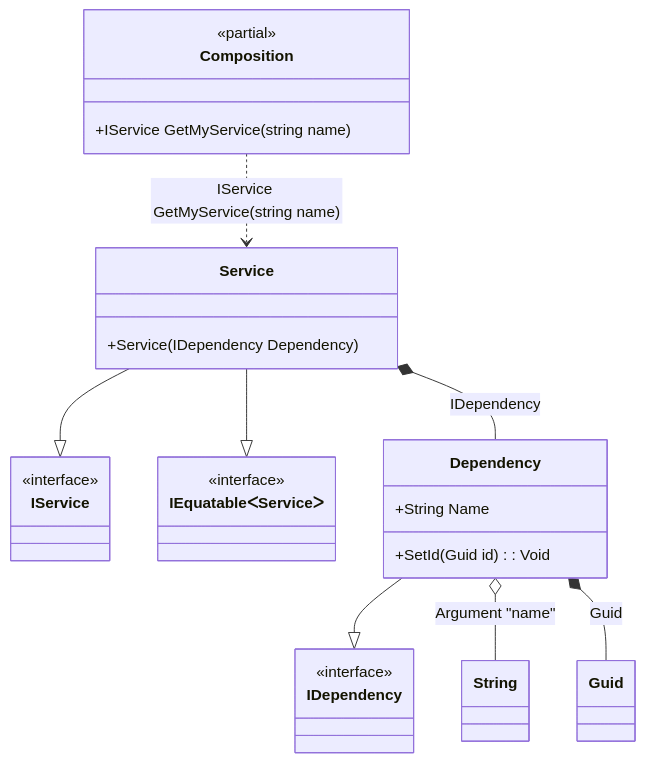
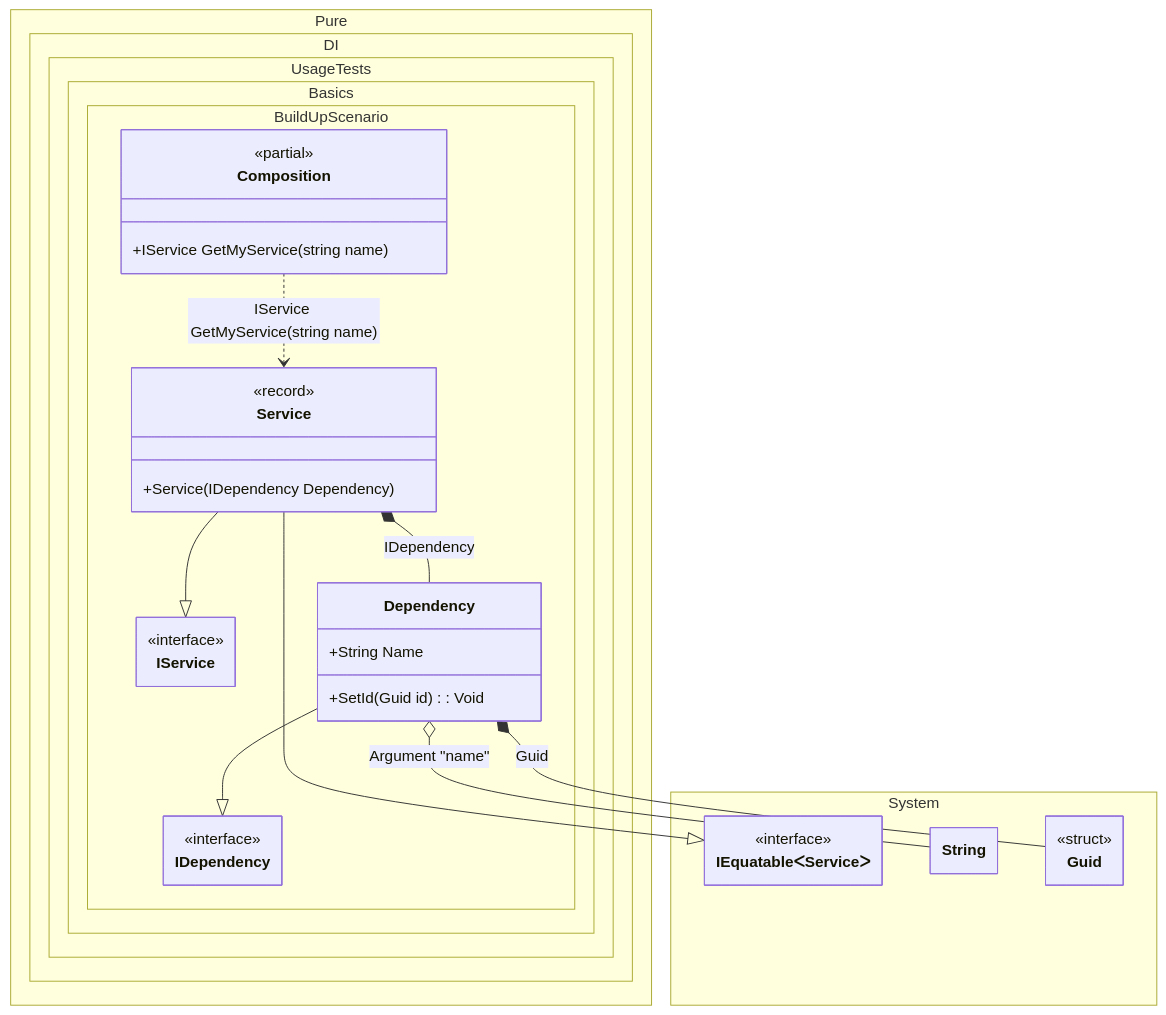
Before and after one commit to DevTeam/Pure.DI: the diagram in readme/build-up-of-an-existing-object.md, drawn with Mermaid. The commit also changed 103 other files, not shown here.

Commit message:
Improved class diagrams

````diff
--- a/readme/build-up-of-an-existing-object.md
+++ b/readme/build-up-of-an-existing-object.md
@@ -90,32 +90,45 @@
 ```mermaid
+---
+ config:
+  class:
+   hideEmptyMembersBox: true
+---
 classDiagram
-	class Composition {
-		<<partial>>
-		+IService GetMyService(string name)
-	}
 	Service --|> IService
 	Service --|> IEquatableᐸServiceᐳ
-	class Service {
-		+Service(IDependency Dependency)
-	}
 	Dependency --|> IDependency
-	class Dependency {
-		+String Name
-		+SetId(Guid id) : Void
-	}
-	class String
-	class Guid
-	class IService {
-		<<interface>>
-	}
-	class IEquatableᐸServiceᐳ {
-		<<interface>>
-	}
-	class IDependency {
-		<<interface>>
-	}
 	Composition ..> Service : IService GetMyService(string name)
 	Service *--  Dependency : IDependency
 	Dependency o-- String : Argument "name"
 	Dependency *--  Guid : Guid
+	namespace Pure.DI.UsageTests.Basics.BuildUpScenario {
+		class Composition {
+		<<partial>>
+		+IService GetMyService(string name)
+		}
+		class Dependency {
+			+String Name
+			+SetId(Guid id) : Void
+		}
+		class IDependency {
+			<<interface>>
+		}
+		class IService {
+			<<interface>>
+		}
+		class Service {
+				<<record>>
+			+Service(IDependency Dependency)
+		}
+	}
+	namespace System {
+		class Guid {
+				<<struct>>
+		}
+		class IEquatableᐸServiceᐳ {
+			<<interface>>
+		}
+		class String {
+		}
+	}
 ```
````
